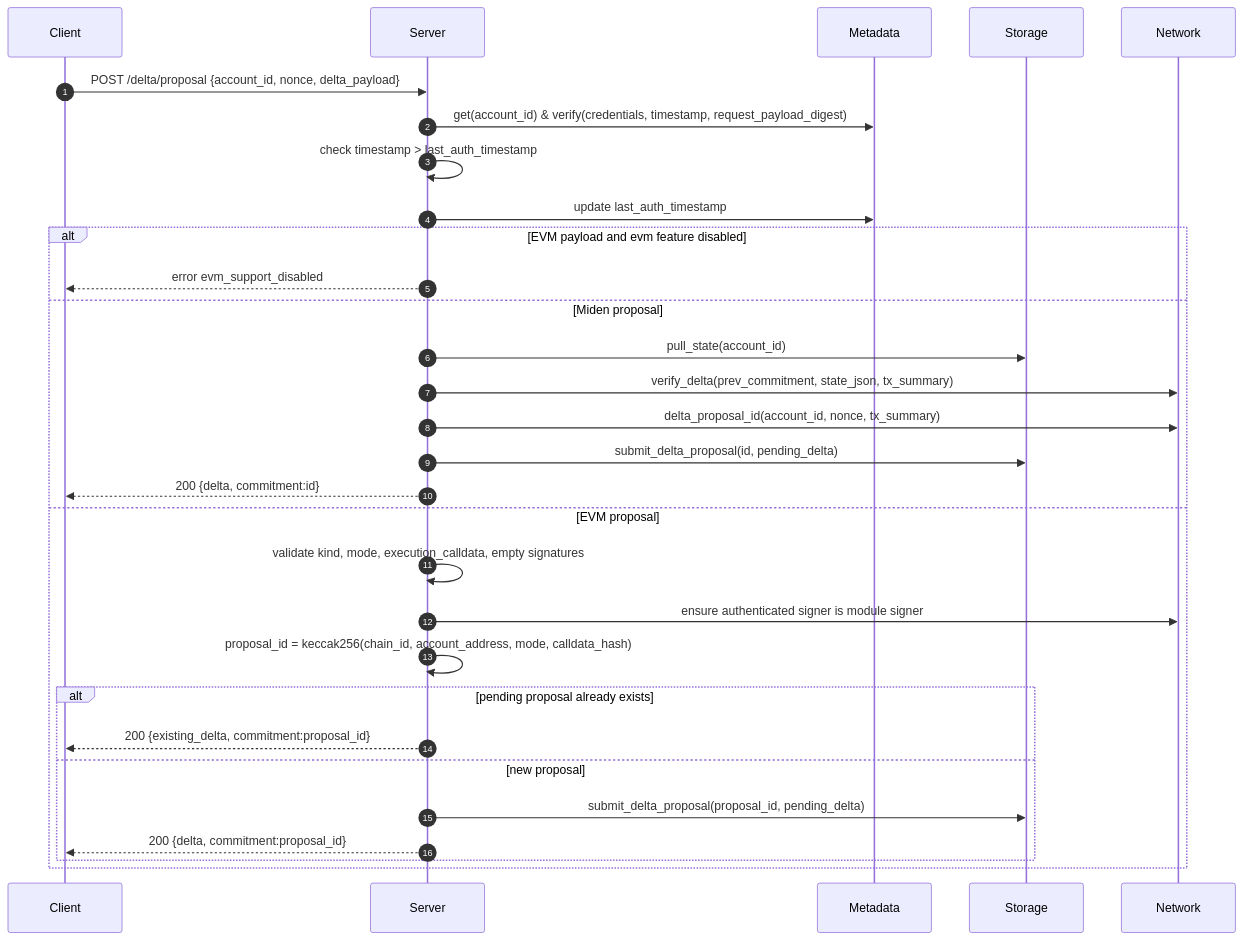
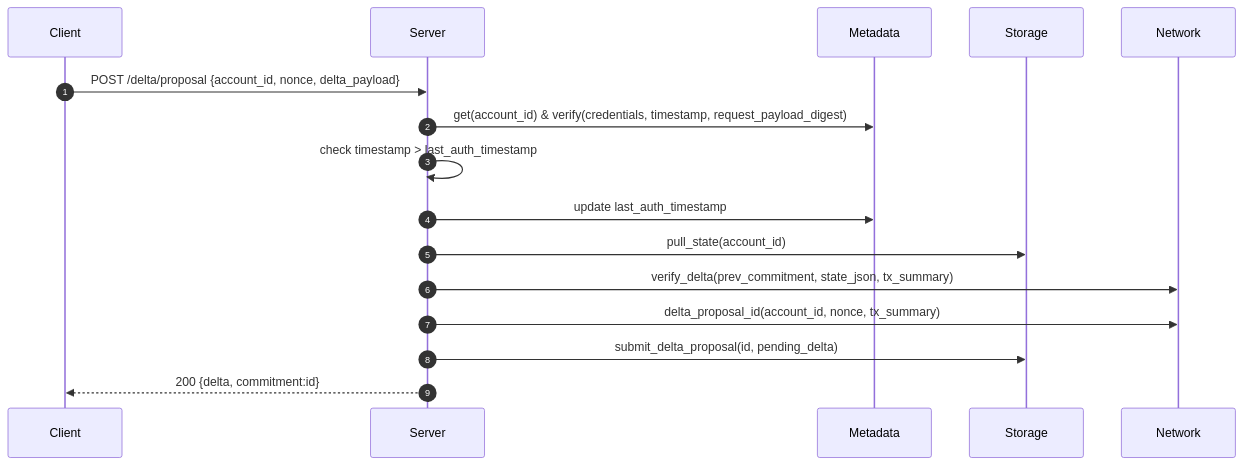
One commit to OpenZeppelin/guardian changed the sixth of 10 diagrams in spec/processes.md. Above: the diagram before and after it, drawn with Mermaid. The commit also changed other lines of this file and 55 other files, not shown here.

First line of the commit message:
Evm proposals support (#201)

````diff
--- a/spec/processes.md
+++ b/spec/processes.md
@@ -133,32 +126,18 @@
 ```mermaid
 sequenceDiagram
   autonumber
   participant C as Client
   participant S as Server
   participant M as Metadata
   participant ST as Storage
   participant N as Network
   C->>S: POST /delta/proposal {account_id, nonce, delta_payload}
   S->>M: get(account_id) & verify(credentials, timestamp, request_payload_digest)
   S->>S: check timestamp > last_auth_timestamp
   S->>M: update last_auth_timestamp
-  alt EVM payload and evm feature disabled
-    S-->>C: error evm_support_disabled
-  else Miden proposal
-    S->>ST: pull_state(account_id)
-    S->>N: verify_delta(prev_commitment, state_json, tx_summary)
-    S->>N: delta_proposal_id(account_id, nonce, tx_summary)
-    S->>ST: submit_delta_proposal(id, pending_delta)
-    S-->>C: 200 {delta, commitment:id}
-  else EVM proposal
-    S->>S: validate kind, mode, execution_calldata, empty signatures
-    S->>N: ensure authenticated signer is module signer
-    S->>S: proposal_id = keccak256(chain_id, account_address, mode, calldata_hash)
-    alt pending proposal already exists
-      S-->>C: 200 {existing_delta, commitment:proposal_id}
-    else new proposal
-      S->>ST: submit_delta_proposal(proposal_id, pending_delta)
-      S-->>C: 200 {delta, commitment:proposal_id}
-    end
-  end
+  S->>ST: pull_state(account_id)
+  S->>N: verify_delta(prev_commitment, state_json, tx_summary)
+  S->>N: delta_proposal_id(account_id, nonce, tx_summary)
+  S->>ST: submit_delta_proposal(id, pending_delta)
+  S-->>C: 200 {delta, commitment:id}
 ```
````
